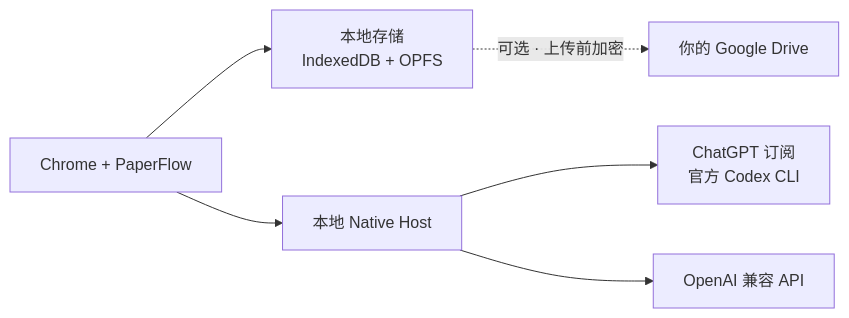
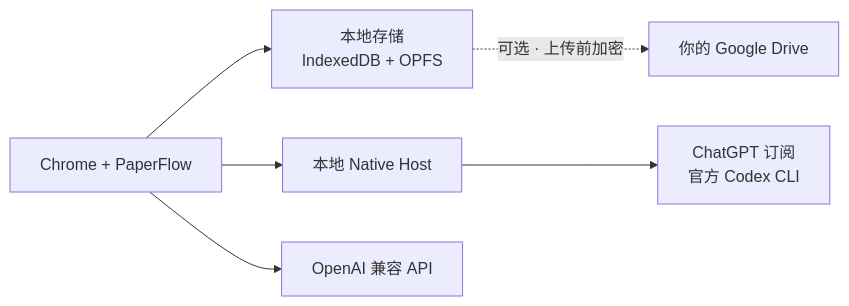
Before and after one commit to Dai0-2/paperflow: the diagram in README.zh-CN.md, drawn with Mermaid. The commit also changed other lines of this file and 29 other files, not shown here.

````diff
--- a/README.zh-CN.md
+++ b/README.zh-CN.md
@@ -103,8 +103,8 @@
 ```mermaid
 flowchart LR
     B["Chrome + PaperFlow"] --> L["本地存储<br/>IndexedDB + OPFS"]
     L -. "可选 · 上传前加密" .-> D["你的 Google Drive"]
     B --> H["本地 Native Host"]
     H --> C["ChatGPT 订阅<br/>官方 Codex CLI"]
-    H --> A["OpenAI 兼容 API"]
+    B --> A["OpenAI 兼容 API"]
 ```
````
